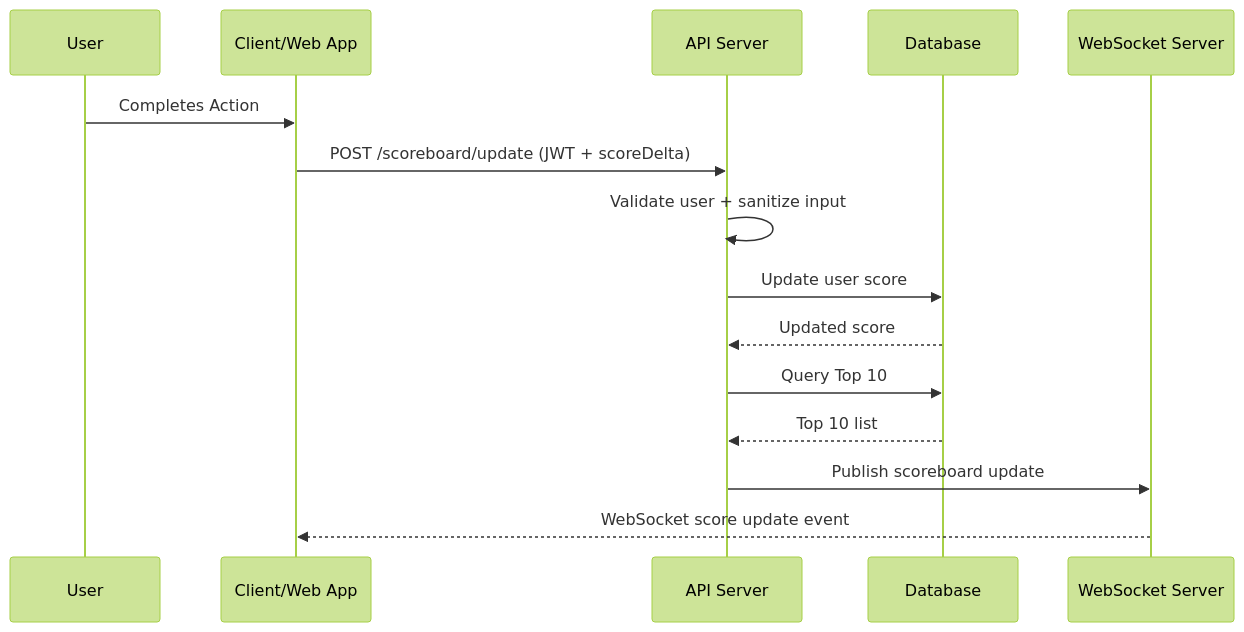
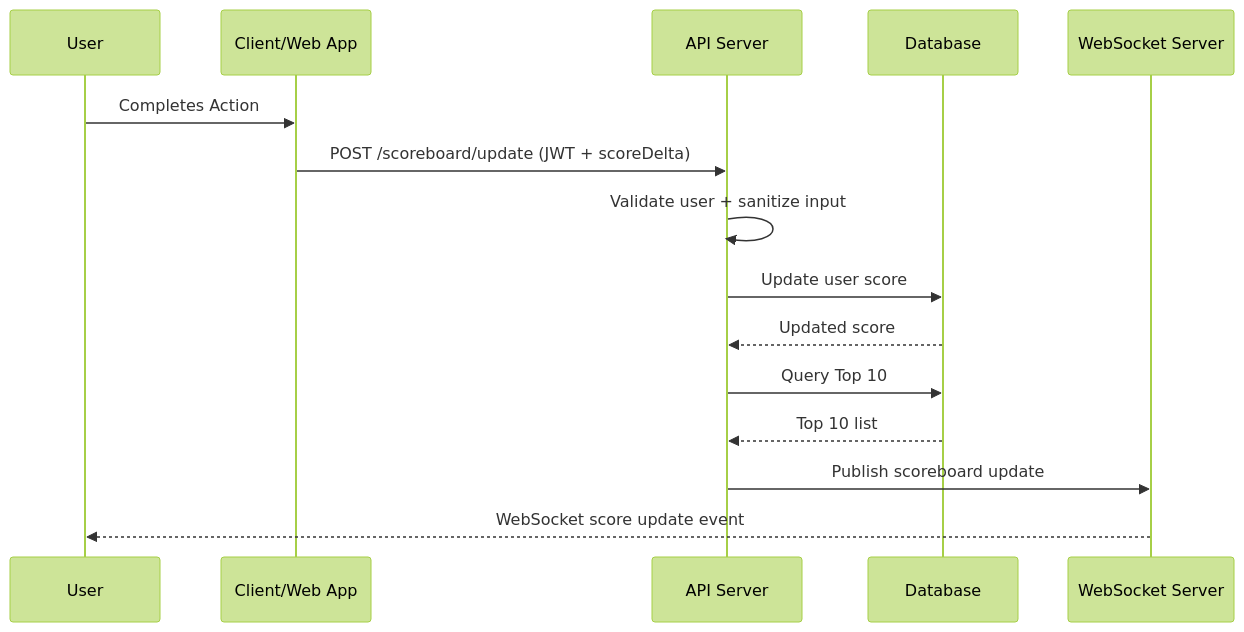
The second of 2 diagrams in problem6/README.md (JustQu4n/code-challange), drawn with Mermaid (forest theme) before and after one commit.

Commit message:
Change WebSocket score update event identifier
Updated WebSocket event identifier from 'C' to 'U'.

````diff
--- a/problem6/README.md
+++ b/problem6/README.md
@@ -151,18 +151,18 @@
 ```mermaid
 sequenceDiagram
     participant U as User
     participant C as Client/Web App
     participant API as API Server
     participant DB as Database
     participant WS as WebSocket Server
 
     U ->> C: Completes Action
     C ->> API: POST /scoreboard/update (JWT + scoreDelta)
     API ->> API: Validate user + sanitize input
     API ->> DB: Update user score
     DB -->> API: Updated score
     API ->> DB: Query Top 10
     DB -->> API: Top 10 list
     API ->> WS: Publish scoreboard update
-    WS -->> C: WebSocket score update event
+    WS -->> U: WebSocket score update event
 ```
````
